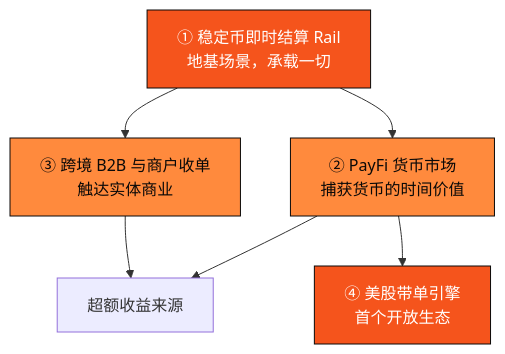
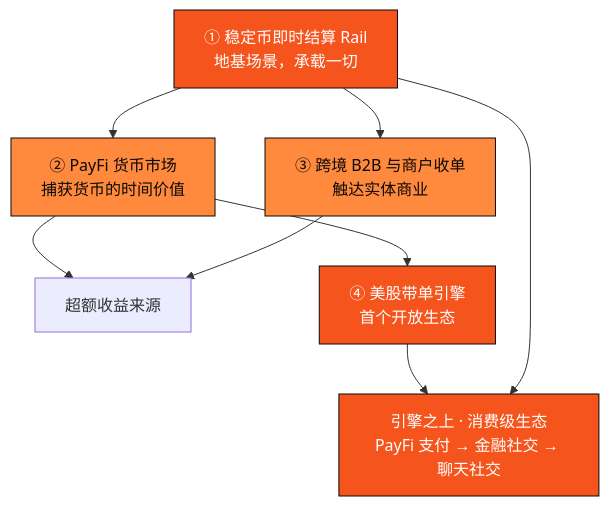
The diagram in part4-payfi/README.md (AIVIVEHQ/axon-whitepaper), drawn with Mermaid before and after one commit. The commit also changed other lines of this file and 17 other files, not shown here.

````diff
--- a/part4-payfi/README.md
+++ b/part4-payfi/README.md
@@ -14,12 +16,15 @@
 ```mermaid
 flowchart TB
     S["① 稳定币即时结算 Rail<br/>地基场景，承载一切"] --> M["② PayFi 货币市场<br/>捕获货币的时间价值"]
     S --> X["③ 跨境 B2B 与商户收单<br/>触达实体商业"]
     M --> V["超额收益来源"]
     X --> V
     M --> C["④ 美股带单引擎<br/>首个开放生态"]
+    C --> APP["引擎之上 · 消费级生态<br/>PayFi 支付 → 金融社交 → 聊天社交"]
+    S --> APP
     style S fill:#f5541c,stroke:#0a0908,color:#fff
     style M fill:#ff8a3d,stroke:#0a0908,color:#0a0908
     style X fill:#ff8a3d,stroke:#0a0908,color:#0a0908
     style C fill:#f5541c,stroke:#0a0908,color:#fff
+    style APP fill:#f5541c,stroke:#0a0908,color:#fff
 ```
````
